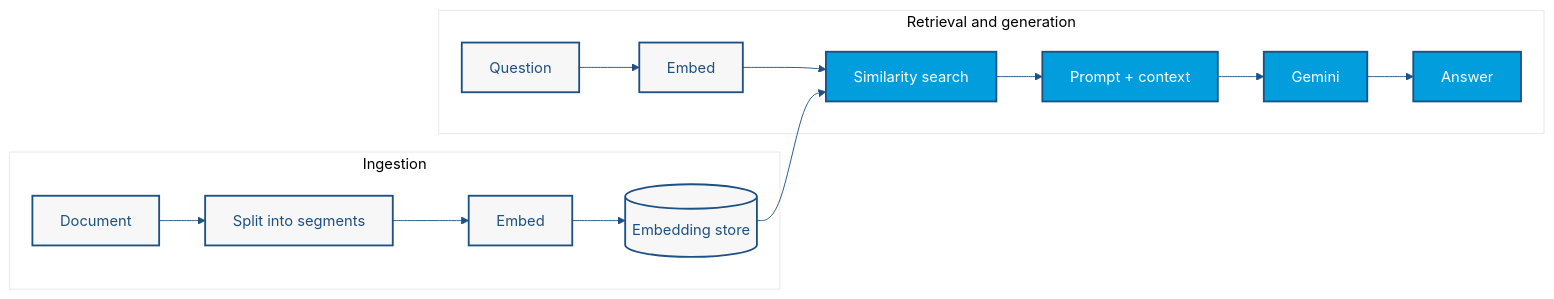
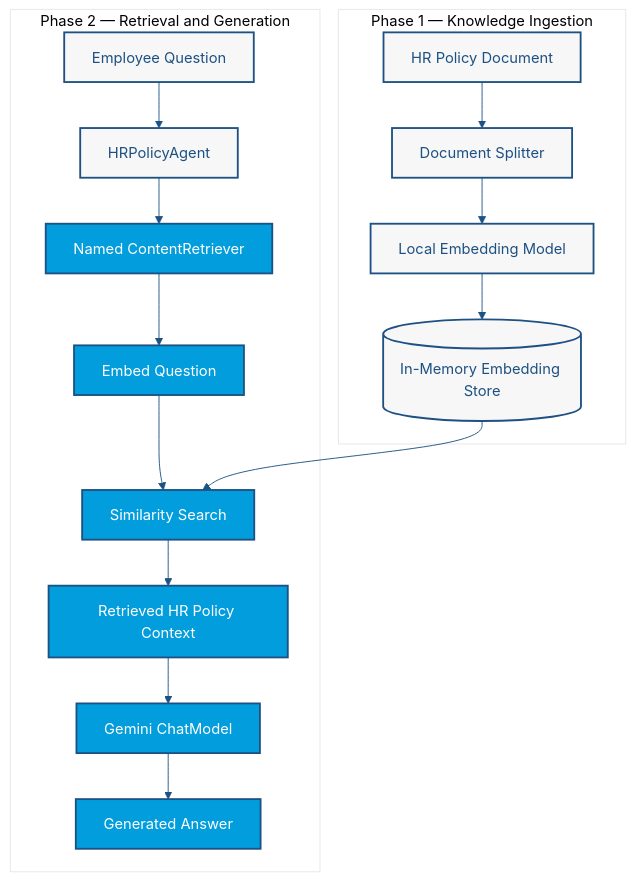
One commit to o-s-expert/ai-architecture-patterns-workshop changed the diagram in docs/labs/lab3-rag.md. Above: the diagram before and after it, drawn with Mermaid. The commit also changed other lines of this file, not shown here.

Commit message:
docs(lab3): expand Retrieval-Augmented Generation lab with detailed architecture, problem statement, workflow, and step-by-step implementation

````diff
--- a/docs/labs/lab3-rag.md
+++ b/docs/labs/lab3-rag.md
@@ -38,15 +54,25 @@
 ```mermaid
 %%{init: {"theme": "base", "themeVariables": {"primaryColor": "#F8F7F7", "primaryBorderColor": "#019DDC", "primaryTextColor": "#1D5183", "lineColor": "#1D5183", "fontFamily": "Montserrat, sans-serif"}}}%%
-flowchart LR
-    subgraph I["Ingestion"]
-        D["Document"] --> S["Split into segments"] --> E1["Embed"] --> V[("Embedding store")]
+flowchart TB
+    subgraph ING["Phase 1 — Knowledge Ingestion"]
+        A["HR Policy Document"] --> B["Document Splitter"]
+        B --> C["Local Embedding Model"]
+        C --> D[("In-Memory Embedding Store")]
     end
-    subgraph Q["Retrieval and generation"]
-        U["Question"] --> E2["Embed"] --> R["Similarity search"] --> P["Prompt + context"] --> L["Gemini"] --> A["Answer"]
+
+    subgraph RAG["Phase 2 — Retrieval and Generation"]
+        E["Employee Question"] --> F["HRPolicyAgent"]
+        F --> G["Named ContentRetriever"]
+        G --> H["Embed Question"]
+        H --> I["Similarity Search"]
+        D --> I
+        I --> J["Retrieved HR Policy Context"]
+        J --> K["Gemini ChatModel"]
+        K --> L["Generated Answer"]
     end
-    V --> R
+
     classDef a fill:#F8F7F7,stroke:#1D5183,color:#1D5183,stroke-width:2px;
     classDef b fill:#019DDC,stroke:#1D5183,color:#FFFFFF,stroke-width:2px;
-    class D,S,E1,V,U,E2 a;
-    class R,P,L,A b;
+    class A,B,C,D,E,F a;
+    class G,H,I,J,K,L b;
 ```
````
